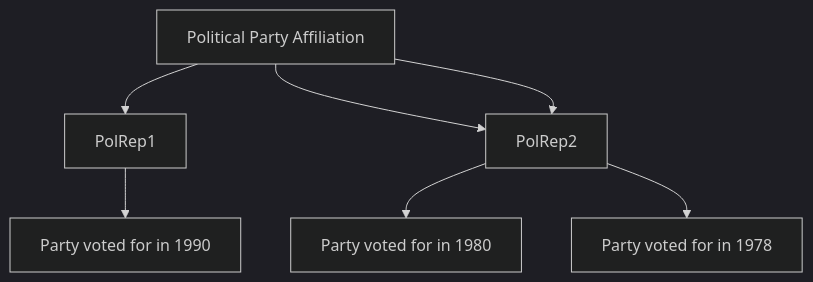
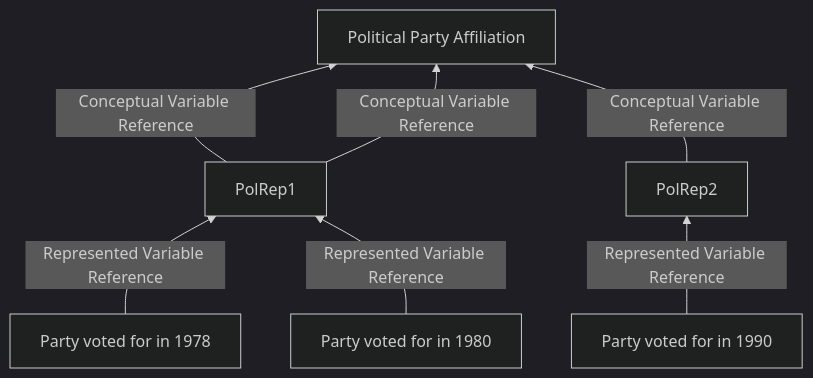
The sixth of 9 diagrams in workshops/comparison-overview.md (Making-Sense-Info/Varese), drawn with Mermaid (dark theme) before and after one commit. The commit also changed other lines of this file, not shown here.

````diff
--- a/workshops/comparison-overview.md
+++ b/workshops/comparison-overview.md
@@ -48,6 +57,6 @@
 ```mermaid
-graph TB
-  PolConcept[Political Party Affiliation] --> PolRep1 --> Pol90Var[Party voted for in 1990]
-  PolConcept[Political Party Affiliation] --> PolRep2 --> Pol80Var[Party voted for in 1980]
-  PolConcept[Political Party Affiliation] --> PolRep2 --> Pol78Var[Party voted for in 1978]
+graph BT
+   Pol78Var[Party voted for in 1978] -- Represented Variable Reference --> PolRep1 -- Conceptual Variable Reference --> PolConcept[Political Party Affiliation]
+   Pol80Var[Party voted for in 1980] -- Represented Variable Reference --> PolRep1 -- Conceptual Variable Reference --> PolConcept[Political Party Affiliation]
+   Pol90Var[Party voted for in 1990] -- Represented Variable Reference --> PolRep2 -- Conceptual Variable Reference --> PolConcept[Political Party Affiliation]
 ```
````
